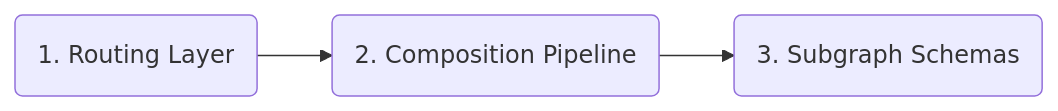
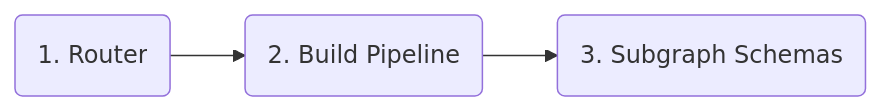
One commit to apollographql/docs changed the second of 2 diagrams in src/content/graphos/graphs/updating.mdx. Above: the diagram before and after it, drawn with Mermaid. The commit also changed other lines of this file, not shown here.

````diff
--- a/src/content/graphos/graphs/updating.mdx
+++ b/src/content/graphos/graphs/updating.mdx
@@ -37,6 +37,6 @@
 ```mermaid
 graph LR;
-  router(1. Routing Layer)
-  router --> pipeline(2. Composition Pipeline);
+  router(1. Router)
+  router --> pipeline(2. Build Pipeline);
   pipeline --> subgrahs(3. Subgraph Schemas);
 ```
````
